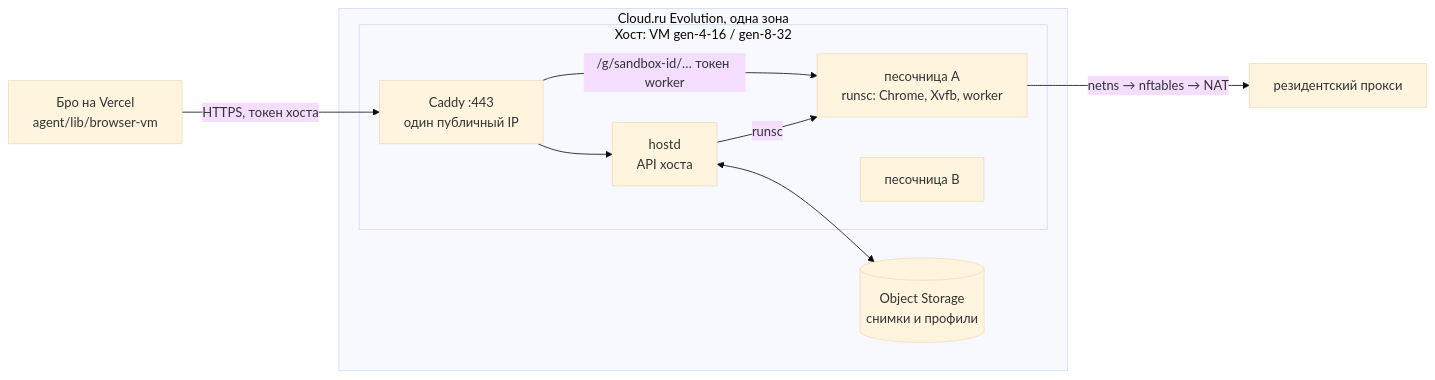
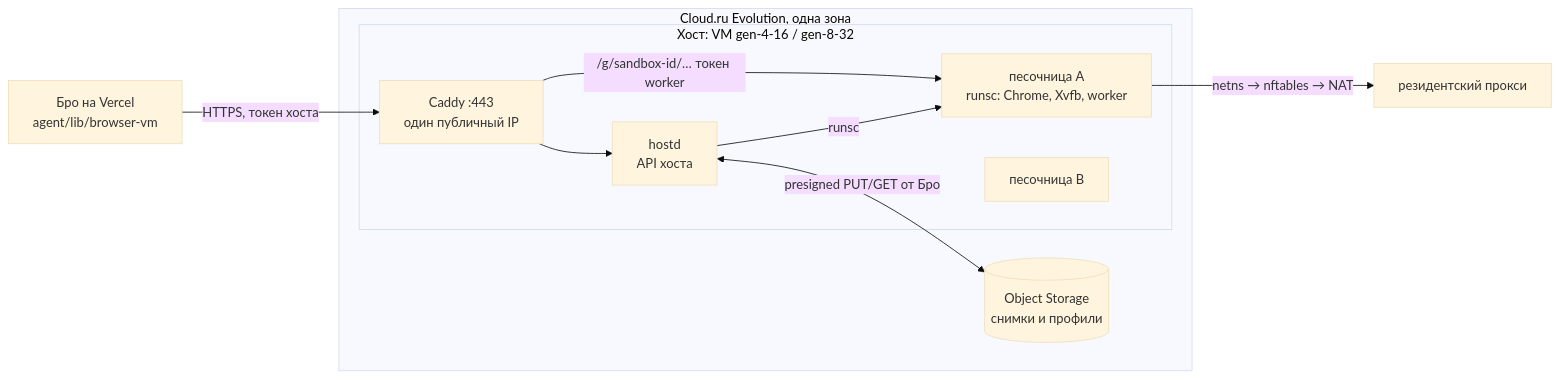
One commit to Ageree/bro changed the diagram in docs/browser-pool.md. Above: the diagram before and after it, drawn with Mermaid (base theme). The commit also changed other lines of this file and 14 other files, not shown here.

````diff
--- a/docs/browser-pool.md
+++ b/docs/browser-pool.md
@@ -89,20 +91,20 @@
 ```mermaid
 flowchart LR
   bro["Бро на Vercel<br/>agent/lib/browser-vm"]
   subgraph cloudru["Cloud.ru Evolution, одна зона"]
     subgraph host["Хост: VM gen-4-16 / gen-8-32"]
       caddy["Caddy :443<br/>один публичный IP"]
       hostd["hostd<br/>API хоста"]
       g1["песочница A<br/>runsc: Chrome, Xvfb, worker"]
       g2["песочница B"]
     end
     s3[("Object Storage<br/>снимки и профили")]
   end
   proxy["резидентский прокси"]
   bro -- "HTTPS, токен хоста" --> caddy
   caddy --> hostd
   caddy -- "/g/sandbox-id/… токен worker" --> g1
   hostd -- "runsc" --> g1
-  hostd <--> s3
+  hostd <-- "presigned PUT/GET от Бро" --> s3
   g1 -- "netns → nftables → NAT" --> proxy
 ```
````
